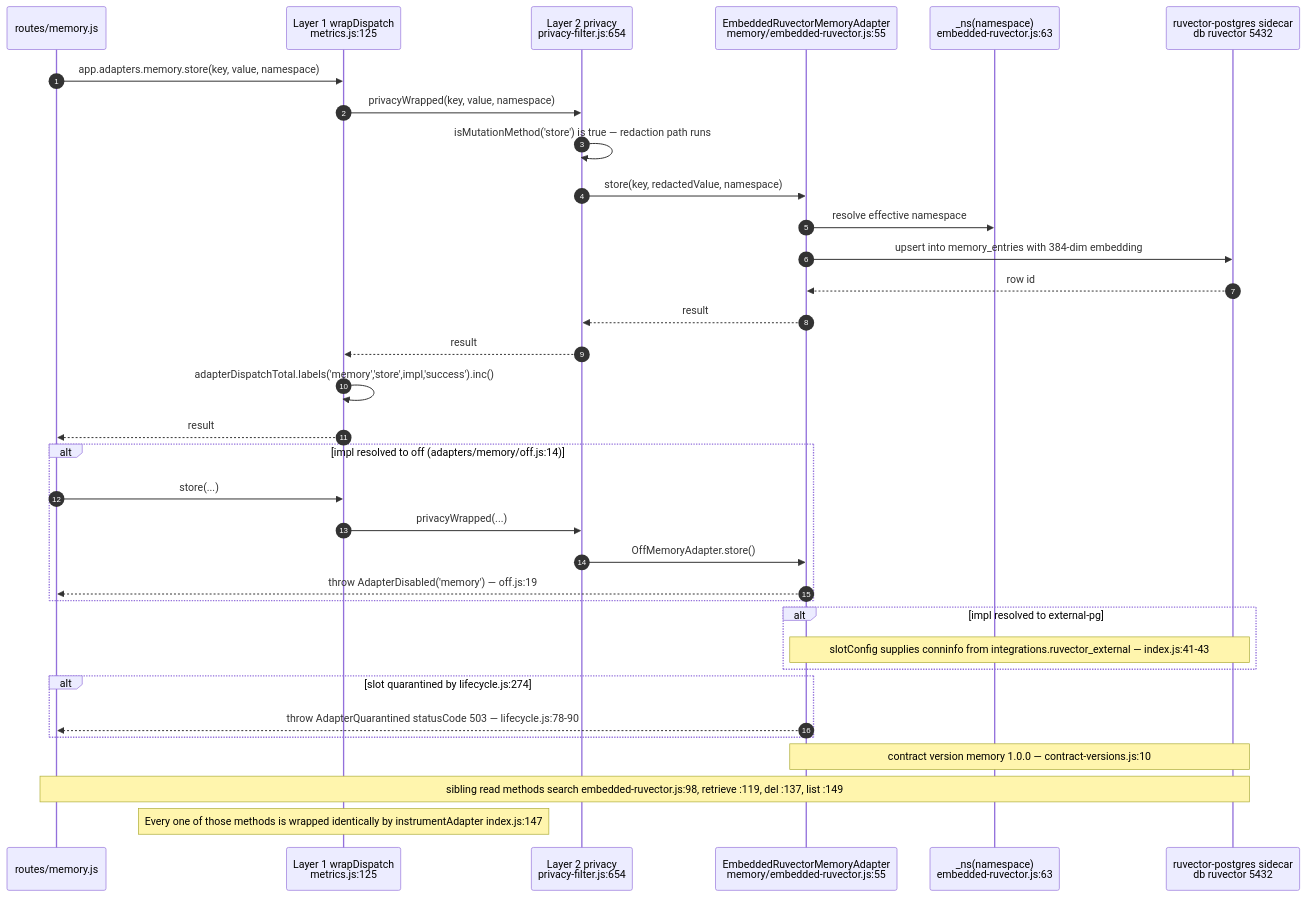
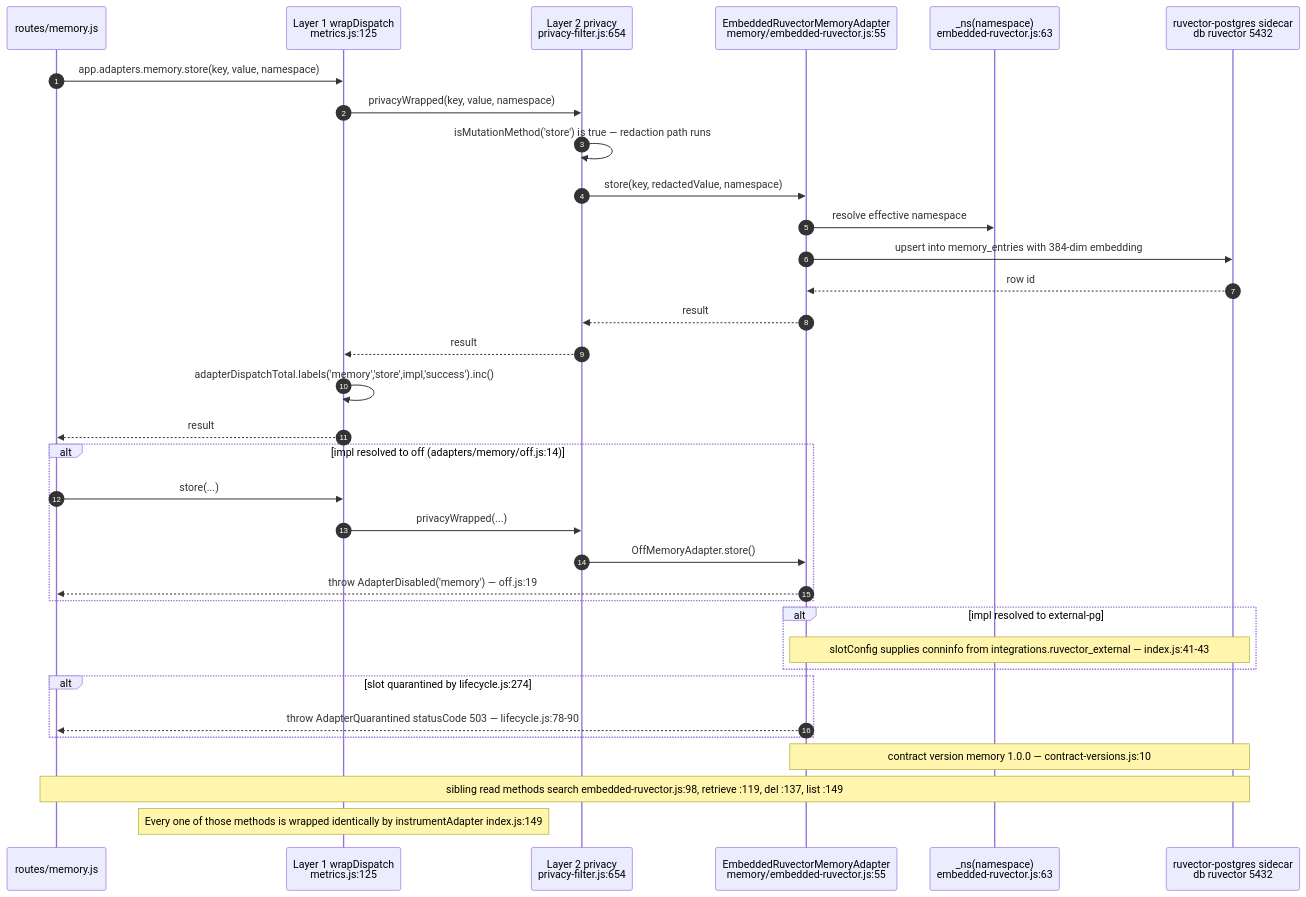
The ninth of 15 diagrams in docs/diagrams/agentbox/04-adapter-spine.md (DreamLab-AI/VisionFlow), drawn with Mermaid before and after one commit. The commit also changed 39 other files, not shown here.

````diff
--- a/docs/diagrams/agentbox/04-adapter-spine.md
+++ b/docs/diagrams/agentbox/04-adapter-spine.md
@@ -389,37 +389,37 @@
 ```mermaid
 sequenceDiagram
     autonumber
     participant R as routes/memory.js
     participant L1 as Layer 1 wrapDispatch<br/>metrics.js:125
     participant L2 as Layer 2 privacy<br/>privacy-filter.js:654
     participant MA as EmbeddedRuvectorMemoryAdapter<br/>memory/embedded-ruvector.js:55
     participant NS as _ns(namespace)<br/>embedded-ruvector.js:63
     participant PG as ruvector-postgres sidecar<br/>db ruvector 5432
 
     R->>L1: app.adapters.memory.store(key, value, namespace)
     L1->>L2: privacyWrapped(key, value, namespace)
     L2->>L2: isMutationMethod('store') is true — redaction path runs
     L2->>MA: store(key, redactedValue, namespace)
     MA->>NS: resolve effective namespace
     MA->>PG: upsert into memory_entries with 384-dim embedding
     PG-->>MA: row id
     MA-->>L2: result
     L2-->>L1: result
     L1->>L1: adapterDispatchTotal.labels('memory','store',impl,'success').inc()
     L1-->>R: result
     alt impl resolved to off (adapters/memory/off.js:14)
         R->>L1: store(...)
         L1->>L2: privacyWrapped(...)
         L2->>MA: OffMemoryAdapter.store()
         MA-->>R: throw AdapterDisabled('memory') — off.js:19
     end
     alt impl resolved to external-pg
         Note over MA,PG: slotConfig supplies conninfo from integrations.ruvector_external — index.js:41-43
     end
     alt slot quarantined by lifecycle.js:274
         MA-->>R: throw AdapterQuarantined statusCode 503 — lifecycle.js:78-90
     end
     Note over MA,PG: contract version memory 1.0.0 — contract-versions.js:10
     Note over R,PG: sibling read methods search embedded-ruvector.js:98, retrieve :119, del :137, list :149
-    Note over L1: Every one of those methods is wrapped identically by instrumentAdapter index.js:147
+    Note over L1: Every one of those methods is wrapped identically by instrumentAdapter index.js:149
 ```
````
